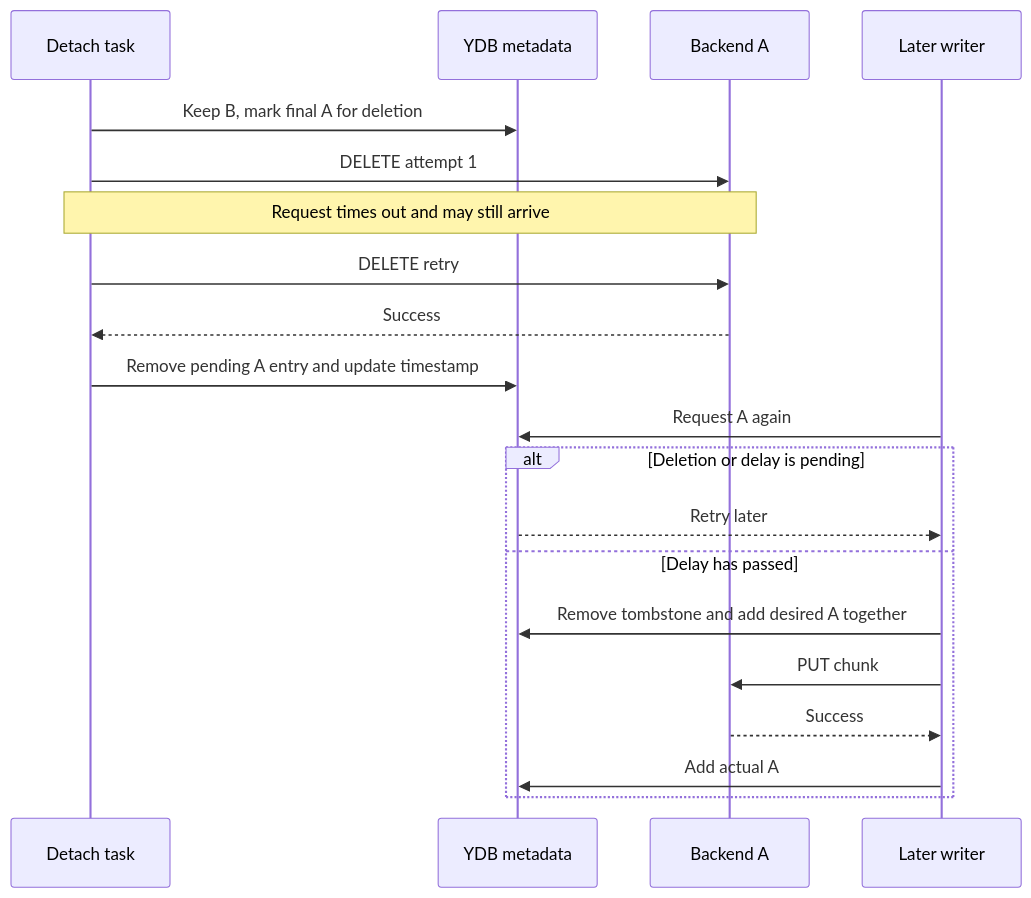
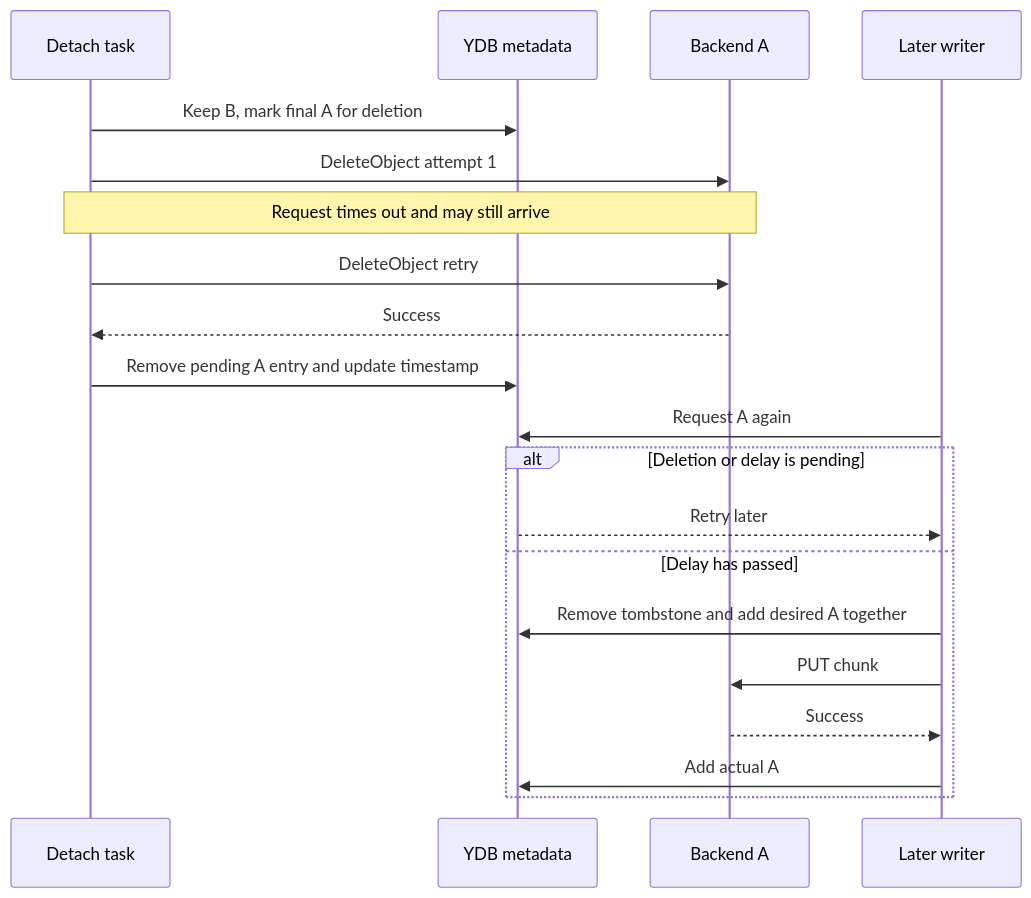
Before and after one commit to ydb-platform/nbs: the sixth of 10 diagrams in doc/disk_manager/chunk_storage/design_doc.md, drawn with Mermaid. The commit also changed other lines of this file, not shown here.

````diff
--- a/doc/disk_manager/chunk_storage/design_doc.md
+++ b/doc/disk_manager/chunk_storage/design_doc.md
@@ -248,22 +252,22 @@
 ```mermaid
 sequenceDiagram
     participant Task as Detach task
     participant DB as YDB metadata
     participant A as Backend A
     participant Writer as Later writer
     Task->>DB: Keep B, mark final A for deletion
-    Task->>A: DELETE attempt 1
+    Task->>A: DeleteObject attempt 1
     Note over Task,A: Request times out and may still arrive
-    Task->>A: DELETE retry
+    Task->>A: DeleteObject retry
     A-->>Task: Success
     Task->>DB: Remove pending A entry and update timestamp
     Writer->>DB: Request A again
     alt Deletion or delay is pending
         DB-->>Writer: Retry later
     else Delay has passed
         Writer->>DB: Remove tombstone and add desired A together
         Writer->>A: PUT chunk
         A-->>Writer: Success
         Writer->>DB: Add actual A
     end
 ```
````
